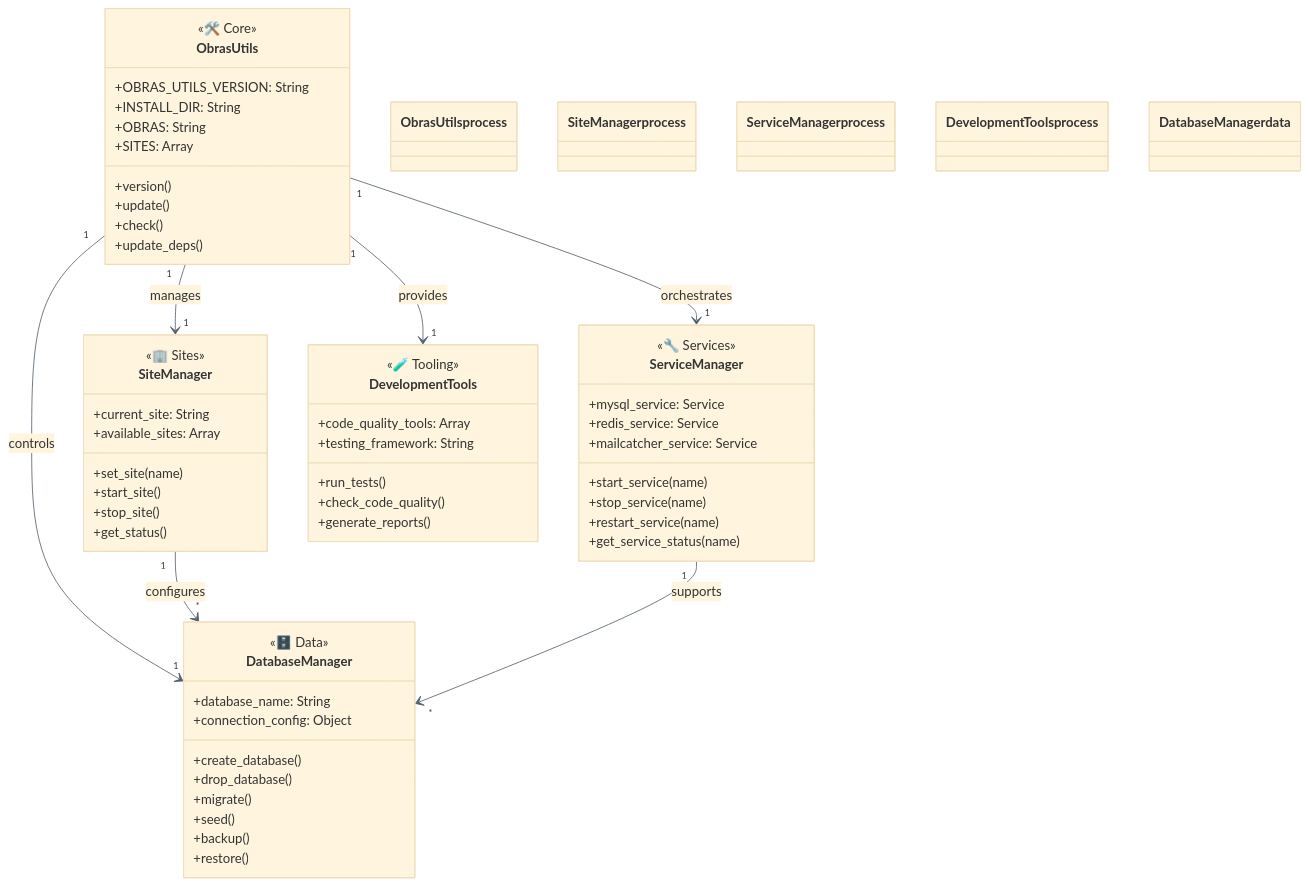
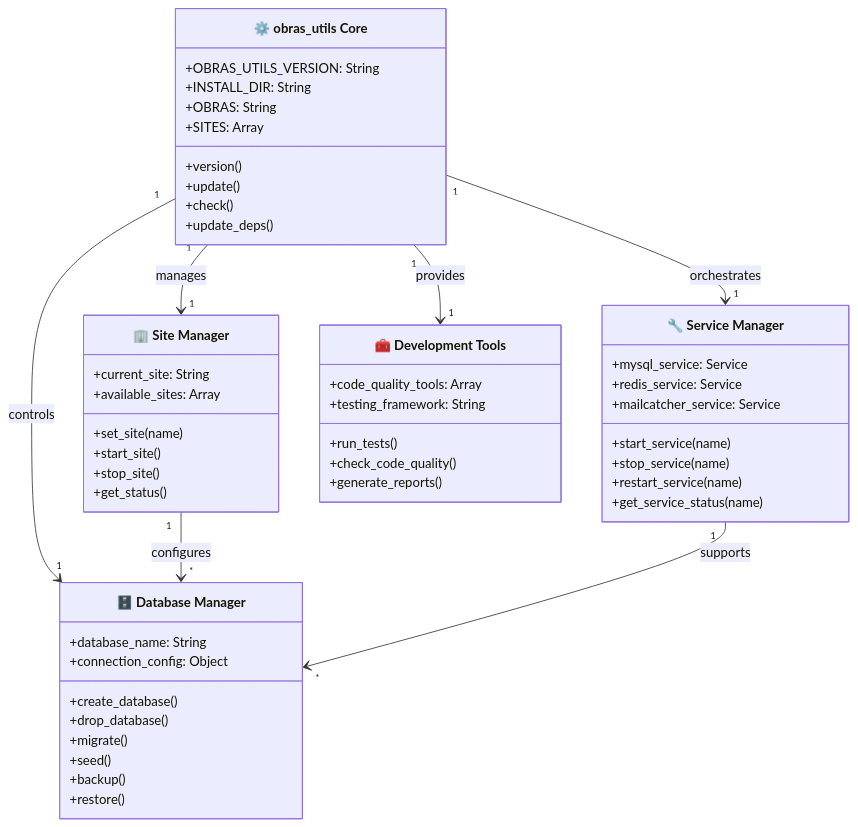
One commit to enogrob/project-automation-devenv changed the second of 4 diagrams in README.md. Above: the diagram before and after it, drawn with Mermaid. The commit also changed other lines of this file and 1 other file, not shown here.

````diff
--- a/README.md
+++ b/README.md
@@ -76,67 +72,53 @@
 ```mermaid
-%%{init: {"theme":"base","themeVariables":{"lineColor":"#52606D"}}}%%
 classDiagram
-  classDef process fill:#DCEBFA,stroke:#355C7D,stroke-width:1.5px,color:#1E293B
-  classDef data fill:#DDF2E1,stroke:#3F6B4F,stroke-width:1.5px,color:#1E3324
-
-  class ObrasUtils {
-    <<🛠️ Core>>
+  class ObrasUtils["⚙️ obras_utils Core"] {
     +OBRAS_UTILS_VERSION: String
     +INSTALL_DIR: String
     +OBRAS: String
     +SITES: Array
     +version()
     +update()
     +check()
     +update_deps()
   }
-  class SiteManager {
-    <<🏢 Sites>>
+  class SiteManager["🏢 Site Manager"] {
     +current_site: String
     +available_sites: Array
     +set_site(name)
     +start_site()
     +stop_site()
     +get_status()
   }
-  class DatabaseManager {
-    <<🗄️ Data>>
+  class DatabaseManager["🗄️ Database Manager"] {
     +database_name: String
     +connection_config: Object
     +create_database()
     +drop_database()
     +migrate()
     +seed()
     +backup()
     +restore()
   }
-  class ServiceManager {
-    <<🔧 Services>>
+  class ServiceManager["🔧 Service Manager"] {
     +mysql_service: Service
     +redis_service: Service
     +mailcatcher_service: Service
     +start_service(name)
     +stop_service(name)
     +restart_service(name)
     +get_service_status(name)
   }
-  class DevelopmentTools {
-    <<🧪 Tooling>>
+  class DevelopmentTools["🧰 Development Tools"] {
     +code_quality_tools: Array
     +testing_framework: String
     +run_tests()
     +check_code_quality()
     +generate_reports()
   }
   ObrasUtils "1" --> "1" SiteManager : manages
   ObrasUtils "1" --> "1" DatabaseManager : controls
   ObrasUtils "1" --> "1" ServiceManager : orchestrates
   ObrasUtils "1" --> "1" DevelopmentTools : provides
   SiteManager "1" --> "*" DatabaseManager : configures
   ServiceManager "1" --> "*" DatabaseManager : supports
-  class ObrasUtils process
-  class SiteManager process
-  class ServiceManager process
-  class DevelopmentTools process
-  class DatabaseManager data
 ```
````
